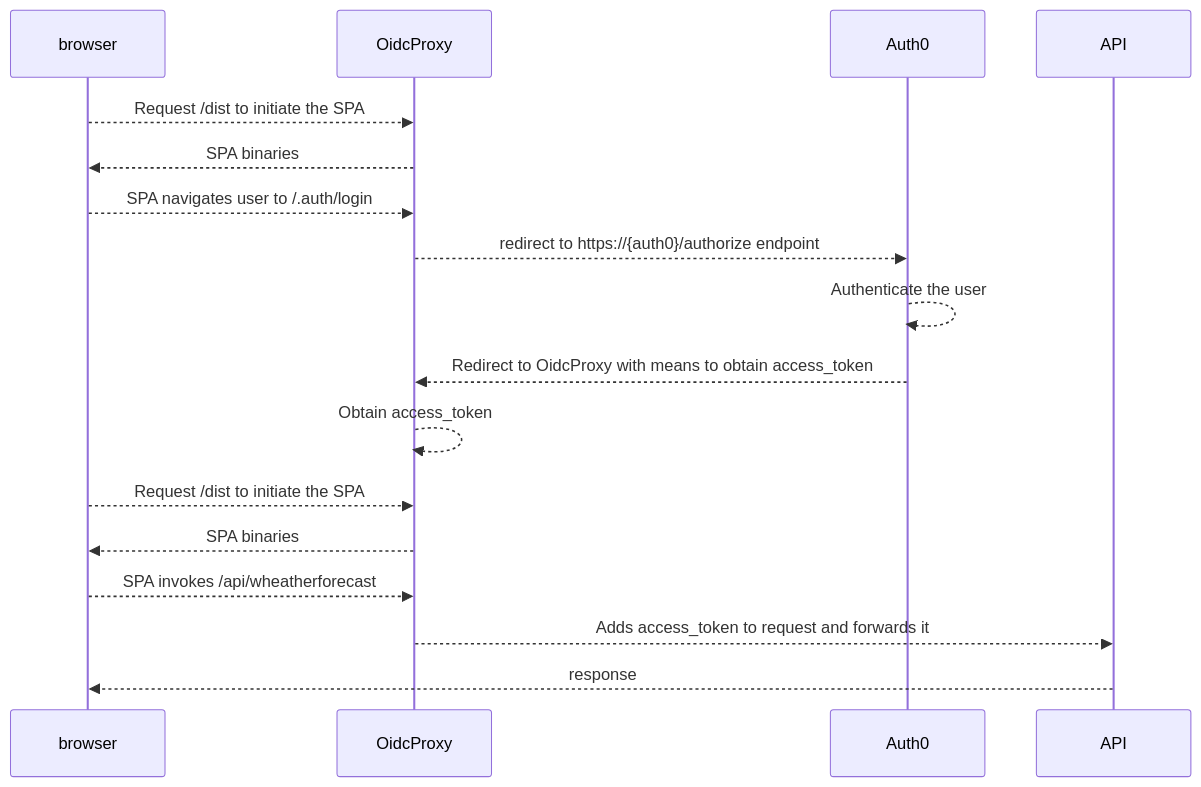
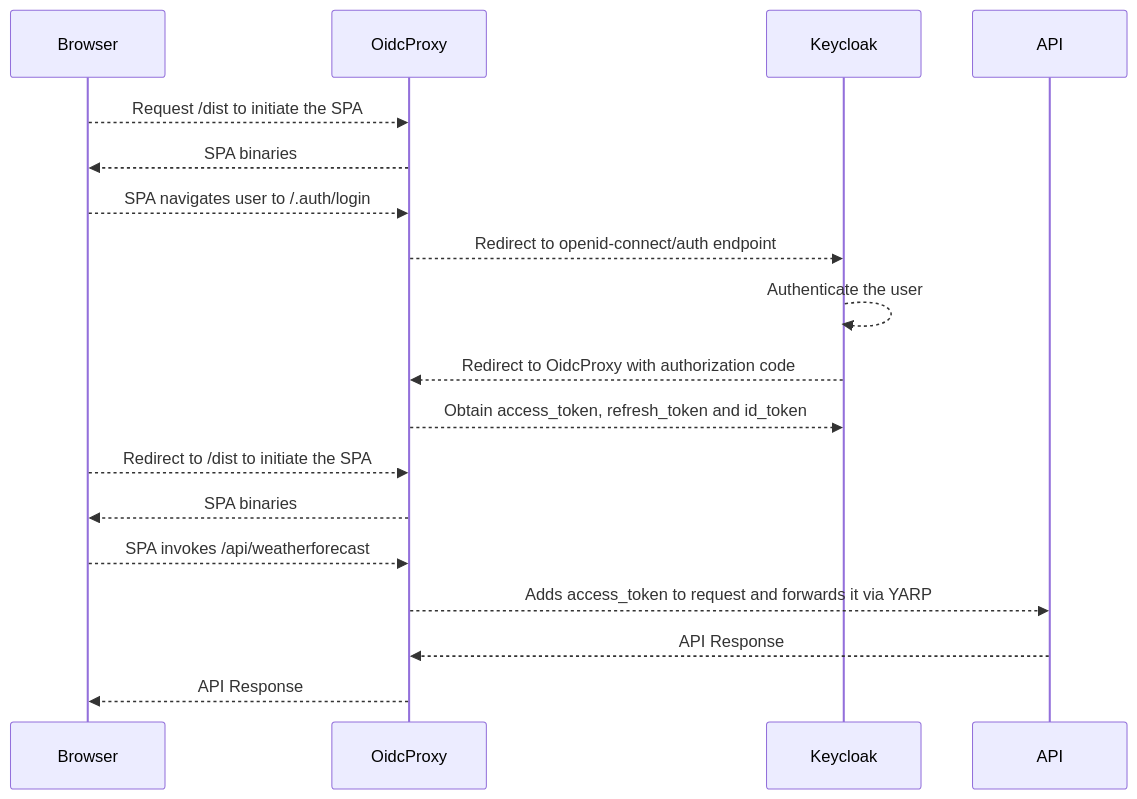
Before and after one commit to oidcproxydotnet/OidcProxy.Net: the diagram in docs/demos/spa-bffs/keycloak/src/readme.md, drawn with Mermaid. The commit also changed other lines of this file and 6 other files, not shown here.

````diff
--- a/docs/demos/spa-bffs/keycloak/src/readme.md
+++ b/docs/demos/spa-bffs/keycloak/src/readme.md
@@ -16,17 +18,17 @@
 ```mermaid
 sequenceDiagram
 
-    browser -->> OidcProxy: Request /dist to initiate the SPA
-    OidcProxy -->> browser: SPA binaries
-    browser -->> OidcProxy: SPA navigates user to /.auth/login
-    OidcProxy -->> Auth0: redirect to https://{auth0}/authorize endpoint
-    Auth0 -->> Auth0: Authenticate the user
-    Auth0 -->> OidcProxy: Redirect to OidcProxy with means to obtain access_token
-    OidcProxy -->> OidcProxy: Obtain access_token
-    browser -->> OidcProxy: Request /dist to initiate the SPA
-    OidcProxy -->> browser: SPA binaries
-    browser -->> OidcProxy: SPA invokes /api/wheatherforecast
-
-    OidcProxy -->> API: Adds access_token to request and forwards it
-    API -->> browser: response
+    Browser -->> OidcProxy: Request /dist to initiate the SPA
+    OidcProxy -->> Browser: SPA binaries
+    Browser -->> OidcProxy: SPA navigates user to /.auth/login
+    OidcProxy -->> Keycloak: Redirect to openid-connect/auth endpoint
+    Keycloak -->> Keycloak: Authenticate the user
+    Keycloak -->> OidcProxy: Redirect to OidcProxy with authorization code
+    OidcProxy -->> Keycloak: Obtain access_token, refresh_token and id_token
+    Browser -->> OidcProxy: Redirect to /dist to initiate the SPA
+    OidcProxy -->> Browser: SPA binaries
+    Browser -->> OidcProxy: SPA invokes /api/weatherforecast
+    OidcProxy -->> API: Adds access_token to request and forwards it via YARP
+    API -->> OidcProxy: API Response
+    OidcProxy -->> Browser: API Response
 ```
````
